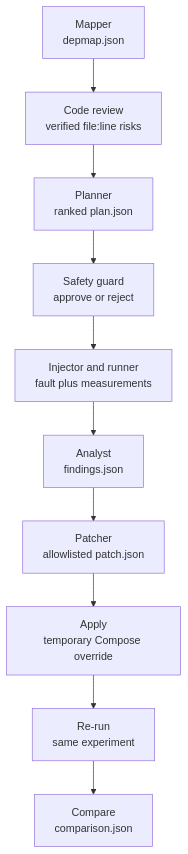
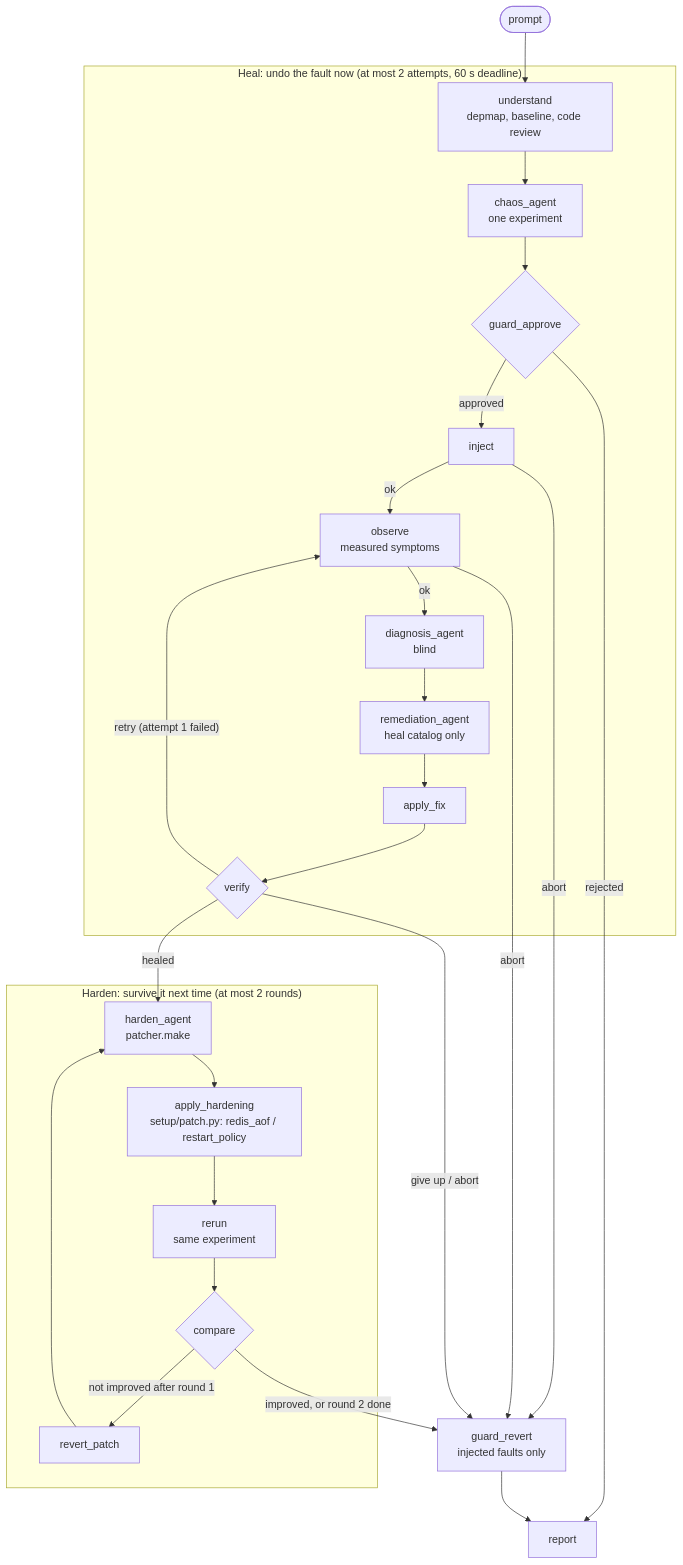
One commit to ThanayBallal/chaos-agent changed the diagram in docs/architecture.md. Above: the diagram before and after it, drawn with Mermaid. The commit also changed other lines of this file, not shown here.

First line of the commit message:
Docs: architecture matches the heal/harden LangGraph; .env.example uses Ollama Cloud

````diff
--- a/docs/architecture.md
+++ b/docs/architecture.md
@@ -5,12 +5,29 @@
 ```mermaid
 flowchart TD
-    A["Mapper<br/>depmap.json"] --> B["Code review<br/>verified file:line risks"]
-    B --> C["Planner<br/>ranked plan.json"]
-    C --> D["Safety guard<br/>approve or reject"]
-    D --> E["Injector and runner<br/>fault plus measurements"]
-    E --> F["Analyst<br/>findings.json"]
-    F --> G["Patcher<br/>allowlisted patch.json"]
-    G --> H["Apply<br/>temporary Compose override"]
-    H --> I["Re-run<br/>same experiment"]
-    I --> J["Compare<br/>comparison.json"]
+    P(["prompt"]) --> U
+    subgraph HEAL["Heal: undo the fault now (at most 2 attempts, 60 s deadline)"]
+        U["understand<br/>depmap, baseline, code review"] --> C["chaos_agent<br/>one experiment"]
+        C --> G{"guard_approve"}
+        G -- approved --> I["inject"]
+        I -- ok --> O["observe<br/>measured symptoms"]
+        O -- ok --> D["diagnosis_agent<br/>blind"]
+        D --> M["remediation_agent<br/>heal catalog only"]
+        M --> A["apply_fix"]
+        A --> V{"verify"}
+        V -- "retry (attempt 1 failed)" --> O
+    end
+    subgraph HARDEN["Harden: survive it next time (at most 2 rounds)"]
+        H["harden_agent<br/>patcher.make"] --> AH["apply_hardening<br/>setup/patch.py: redis_aof / restart_policy"]
+        AH --> RR["rerun<br/>same experiment"]
+        RR --> CP{"compare"}
+        CP -- "not improved after round 1" --> RP["revert_patch"]
+        RP --> H
+    end
+    V -- healed --> H
+    G -- rejected --> R["report"]
+    I -- abort --> GR
+    O -- abort --> GR
+    V -- "give up / abort" --> GR
+    CP -- "improved, or round 2 done" --> GR["guard_revert<br/>injected faults only"]
+    GR --> R
 ```
````
